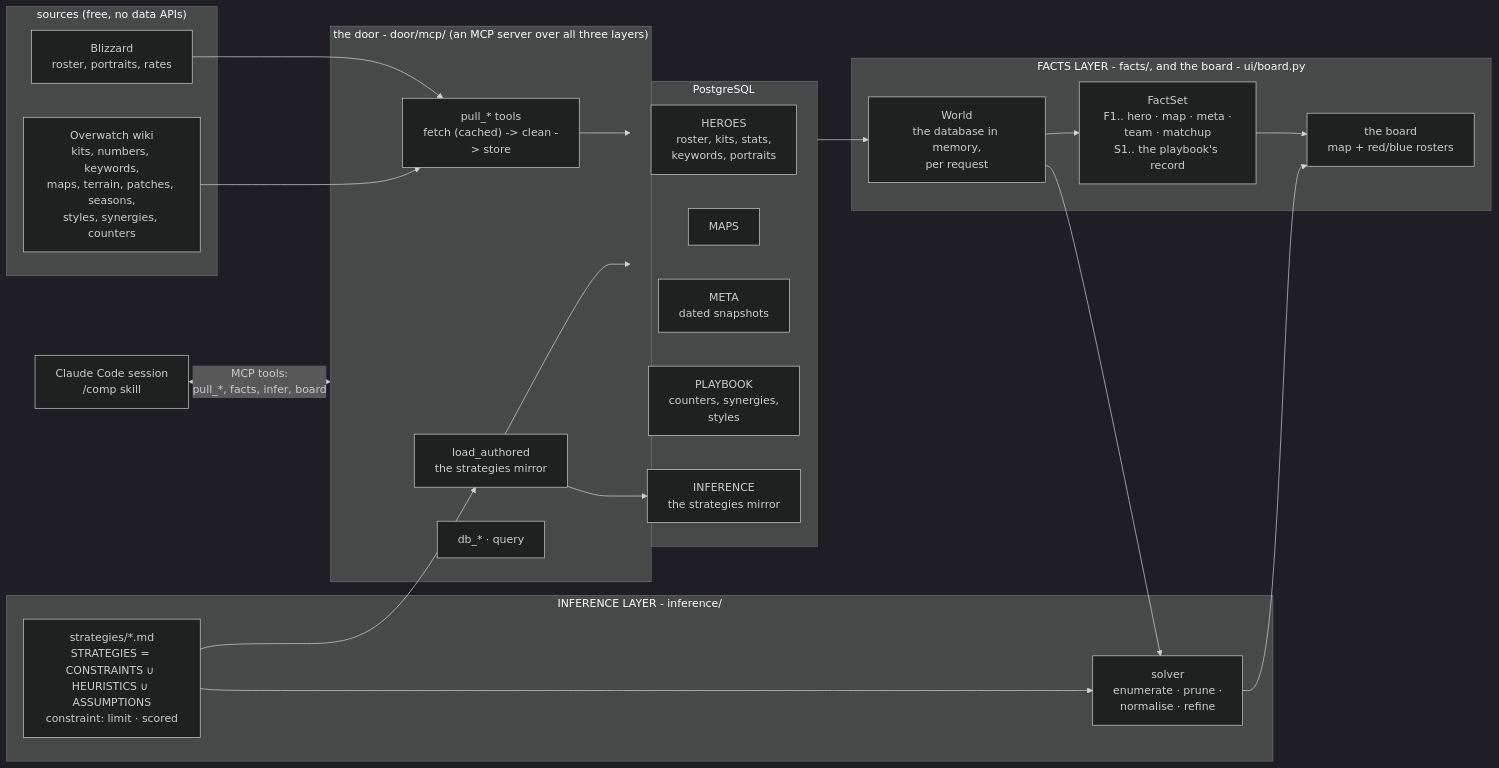
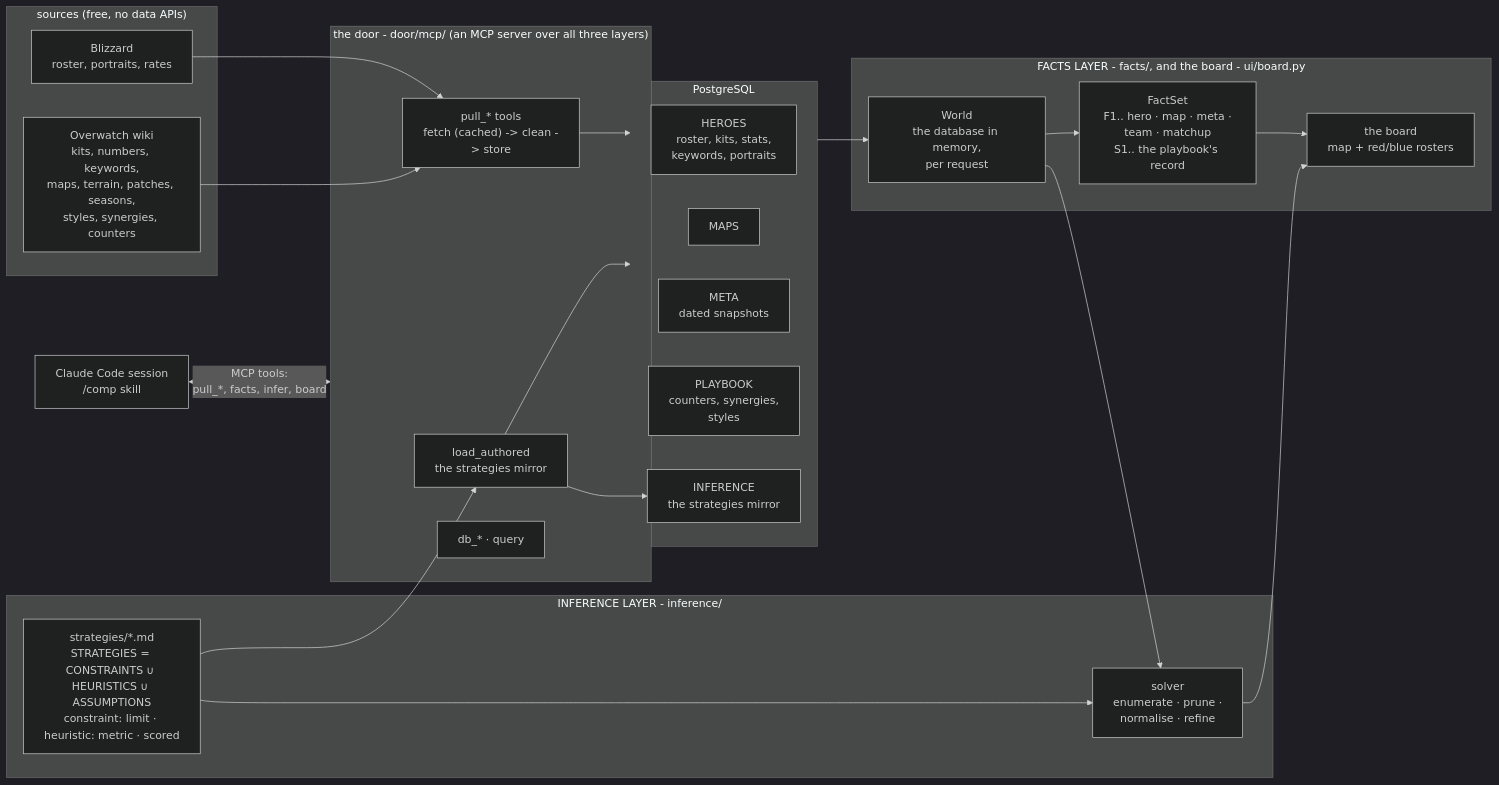
The first of 2 diagrams in docs/architecture.md (mmikol/countrix), drawn with Mermaid (dark theme) before and after one commit. The commit also changed other lines of this file and 36 other files, not shown here.

````diff
--- a/docs/architecture.md
+++ b/docs/architecture.md
@@ -55,42 +55,42 @@
 ```mermaid
 flowchart LR
     subgraph SOURCES["sources (free, no data APIs)"]
         BLZ["Blizzard<br/>roster, portraits, rates"]
         WIKI["Overwatch wiki<br/>kits, numbers, keywords,<br/>maps, terrain, patches, seasons,<br/>styles, synergies, counters"]
     end
 
     subgraph DATA["the door - door/mcp/ (an MCP server over all three layers)"]
         PULL["pull_* tools<br/>fetch (cached) -> clean -> store"]
         PLAY["load_authored<br/>the strategies mirror"]
         DBT["db_* · query"]
     end
 
     subgraph PG["PostgreSQL"]
         HEROES["HEROES<br/>roster, kits, stats,<br/>keywords, portraits"]
         MAPS["MAPS"]
         META["META<br/>dated snapshots"]
         PLAYBOOK["PLAYBOOK<br/>counters, synergies,<br/>styles"]
         INF["INFERENCE<br/>the strategies mirror"]
     end
 
     subgraph USER["FACTS LAYER - facts/, and the board - ui/board.py"]
         WORLD["World<br/>the database in memory,<br/>per request"]
         FACTS["FactSet<br/>F1.. hero · map · meta ·<br/>team · matchup<br/>S1.. the playbook's record"]
         BOARD["the board<br/>map + red/blue rosters"]
     end
 
     subgraph INFER["INFERENCE LAYER - inference/"]
-        HEUR["strategies/*.md<br/>STRATEGIES = CONSTRAINTS ∪ HEURISTICS ∪ ASSUMPTIONS<br/>constraint: limit · scored"]
+        HEUR["strategies/*.md<br/>STRATEGIES = CONSTRAINTS ∪ HEURISTICS ∪ ASSUMPTIONS<br/>constraint: limit · heuristic: metric · scored"]
         SOLVER["solver<br/>enumerate · prune ·<br/>normalise · refine"]
     end
 
     BLZ & WIKI --> PULL
     HEUR --> PLAY
     PLAY --> INF
     PULL & PLAY --> PG
     PG --> WORLD --> FACTS --> BOARD
     WORLD --> SOLVER
     HEUR --> SOLVER
     SOLVER --> BOARD
     CHAT["Claude Code session<br/>/comp skill"] <-->|"MCP tools:<br/>pull_*, facts, infer, board"| DATA
 ```
````
